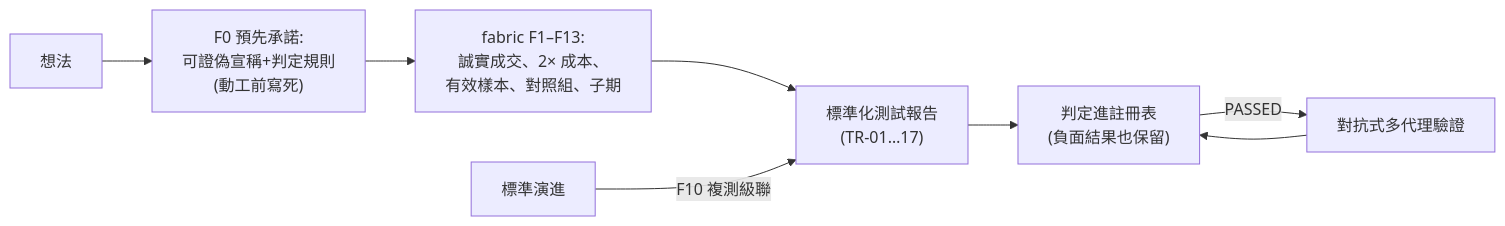
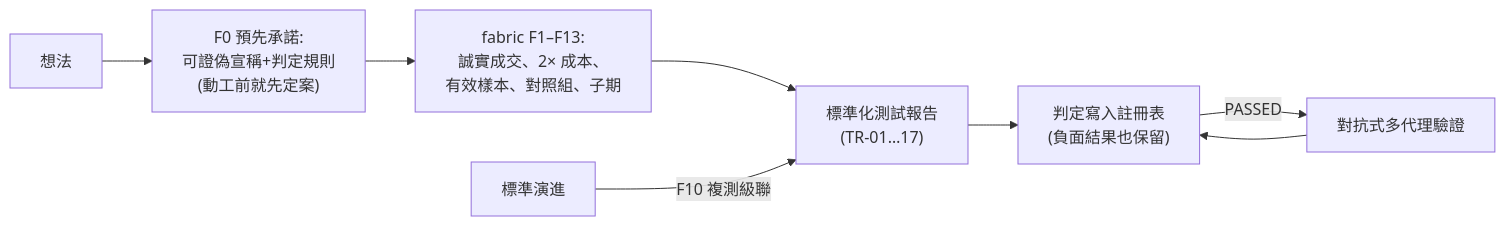
The second of 2 diagrams in README.md (romarin-hsieh/trading-analysis), drawn with Mermaid before and after one commit. The commit also changed other lines of this file and 3 other files, not shown here.

````diff
--- a/README.md
+++ b/README.md
@@ -172,10 +190,10 @@
 ```mermaid
 flowchart LR
-    A[想法] --> B["F0 預先承諾:<br/>可證偽宣稱+判定規則<br/>(動工前寫死)"]
+    A[想法] --> B["F0 預先承諾:<br/>可證偽宣稱+判定規則<br/>(動工前就先定案)"]
     B --> C["fabric F1–F13:<br/>誠實成交、2× 成本、<br/>有效樣本、對照組、子期"]
     C --> D["標準化測試報告<br/>(TR-01…17)"]
-    D --> E["判定進註冊表<br/>(負面結果也保留)"]
+    D --> E["判定寫入註冊表<br/>(負面結果也保留)"]
     E -- "PASSED" --> F["對抗式多代理驗證"]
     F --> E
     G["標準演進"] -- "F10 複測級聯" --> D
 ```
````
